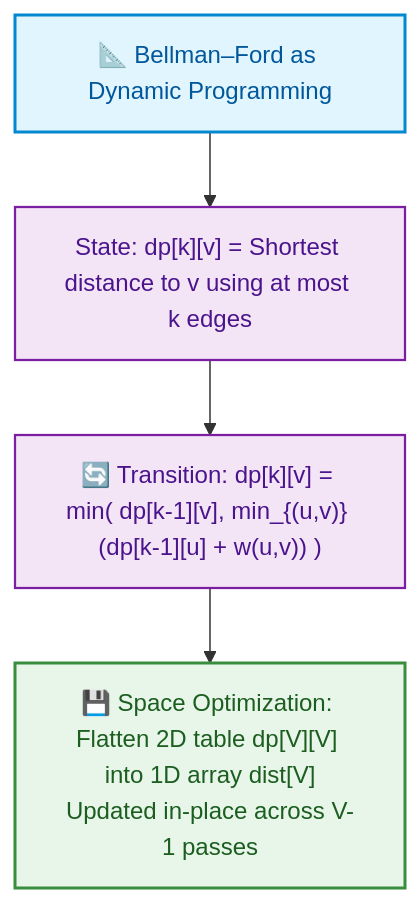
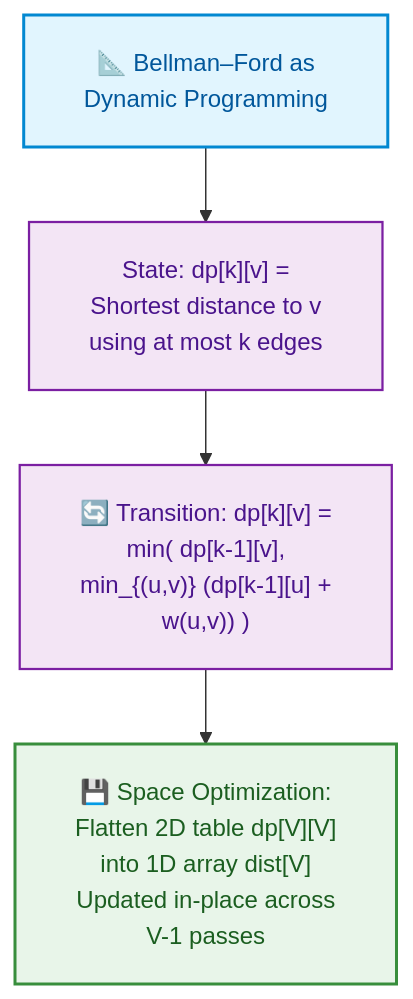
One commit to dip4k/DSA_102 changed the fifth of 15 diagrams in week_09_graph_algorithms_i/Week_09_Visual_Concepts_Playbook_HYBRID.md. Above: the diagram before and after it, drawn with Mermaid. The commit also changed other lines of this file and 108 other files, not shown here.

First line of the commit message:
fix(mermaid): resolve diagram clipping, padding, and syntax issues across repo

````diff
--- a/week_09_graph_algorithms_i/Week_09_Visual_Concepts_Playbook_HYBRID.md
+++ b/week_09_graph_algorithms_i/Week_09_Visual_Concepts_Playbook_HYBRID.md
@@ -216,11 +220,12 @@
 ```mermaid
+%%{init: {"flowchart": {"htmlLabels": true, "padding": 20}}}%%
 flowchart TD
     classDef dp fill:#e1f5fe,stroke:#0288d1,color:#01579b,stroke-width:2px;
     classDef step fill:#f3e5f5,stroke:#7b1fa2,color:#4a148c,stroke-width:1.5px;
     classDef opt fill:#e8f5e9,stroke:#388e3c,color:#1b5e20,stroke-width:2px;
 
-    R["📐 Bellman–Ford as Dynamic Programming"]:::dp
-    R --> S["State: dp[k][v] = Shortest distance to v using at most k edges"]:::step
-    S --> Rec["🔄 Transition: dp[k][v] = min( dp[k-1][v], min_{(u,v)} (dp[k-1][u] + w(u,v)) )"]:::step
-    Rec --> Opt["💾 Space Optimization: Flatten 2D table dp[V][V] into 1D array dist[V]<br/>Updated in-place across V-1 passes"]:::opt
+    R["📐 Bellman–Ford as<br/>Dynamic Programming"]:::dp
+    R --> S["State: dp[k][v] =<br/>Shortest distance to v<br/>using at most k edges"]:::step
+    S --> Rec["🔄 Transition: dp[k][v] =<br/>min( dp[k-1][v],<br/>min_{(u,v)} (dp[k-1][u] +<br/>w(u,v)) )"]:::step
+    Rec --> Opt["💾 Space Optimization:<br/>Flatten 2D table dp[V][V]<br/>into 1D array dist[V]<br/>Updated in-place across<br/>V-1 passes"]:::opt
 ```
````
